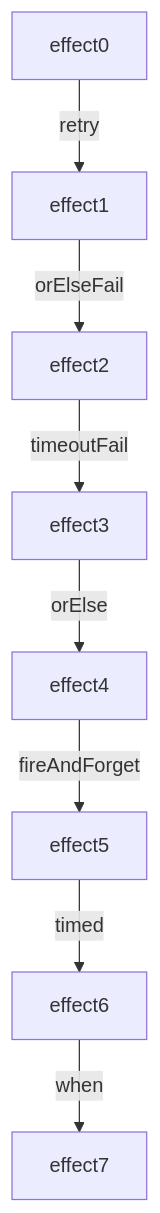
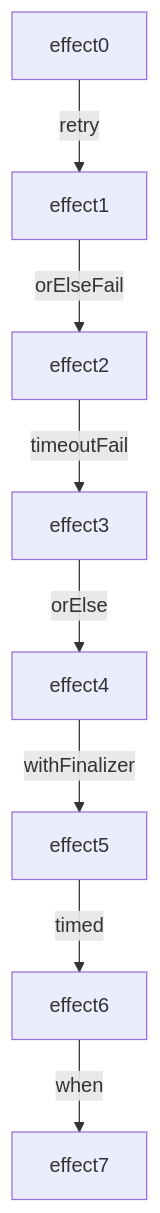
The diagram in Chapters/03_Superpowers.md (EffectOrientedProgramming/book), drawn with Mermaid before and after one commit. The commit also changed other lines of this file and 1 other file, not shown here.

Commit message:
Replace fireAndForget and acquireRelease with simpler withFinalizer #bill #time 30m

````diff
--- a/Chapters/03_Superpowers.md
+++ b/Chapters/03_Superpowers.md
@@ -385,4 +370,4 @@
 ```mermaid
 graph TD
-  effect0 --retry--> effect1 --"orElseFail"--> effect2 --timeoutFail--> effect3 --"orElse"--> effect4 --fireAndForget--> effect5 --timed--> effect6 --when--> effect7
+  effect0 --retry--> effect1 --"orElseFail"--> effect2 --timeoutFail--> effect3 --"orElse"--> effect4 --withFinalizer--> effect5 --timed--> effect6 --when--> effect7
 ```
````
